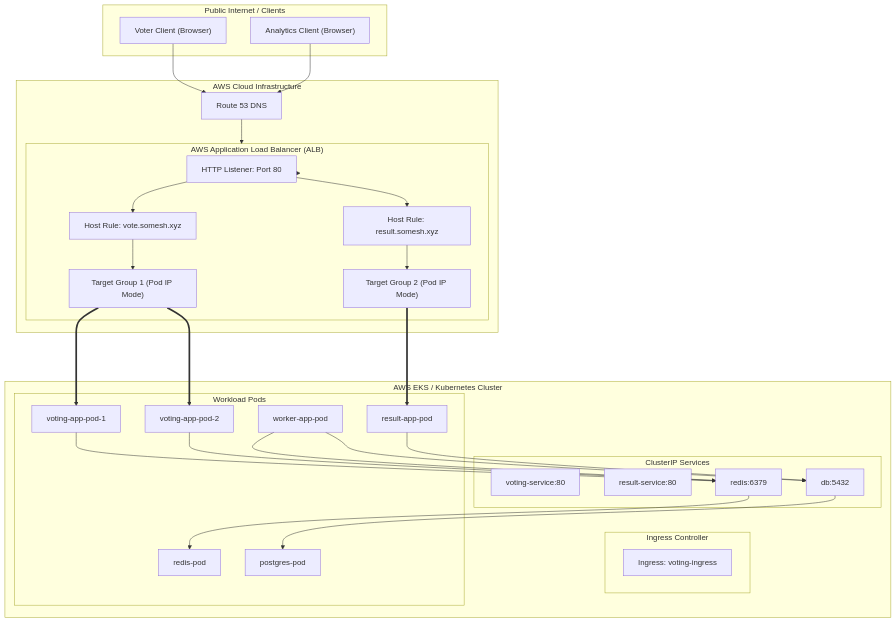
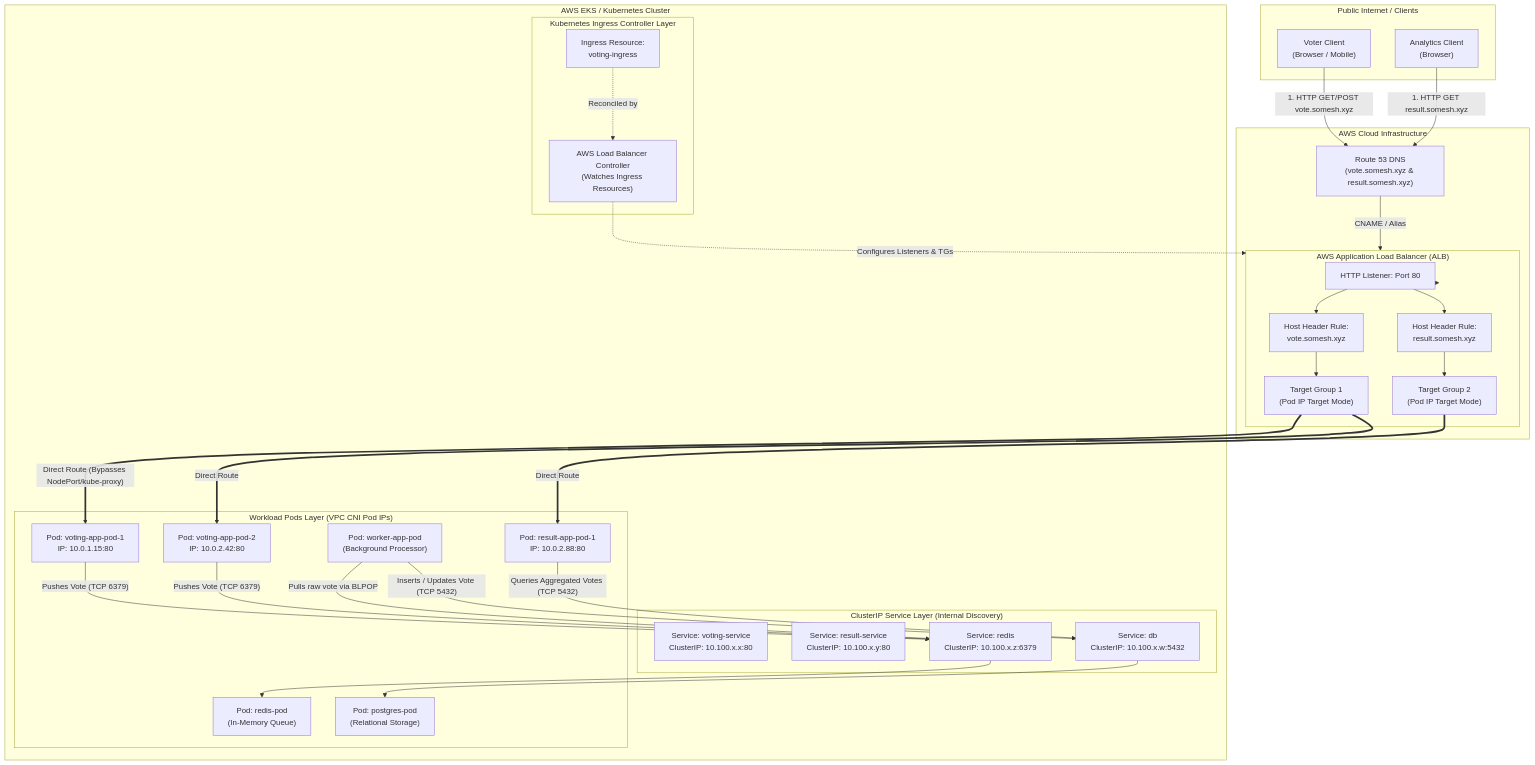
One commit to someshtarra/kubernetes-ingress-voting-app changed the first of 13 diagrams in README.md. Above: the diagram before and after it, drawn with Mermaid. The commit also changed other lines of this file, not shown here.

Commit message:
docs: integrate full Kubernetes Ingress presentation, slide deck, and interview guide into README

````diff
--- a/README.md
+++ b/README.md
@@ -31,58 +35,70 @@
 ```mermaid
 flowchart TD
     subgraph PublicInternet[" Public Internet / Clients "]
-        User1[" Voter Client (Browser) "]
-        User2[" Analytics Client (Browser) "]
+        User1[" Voter Client\n(Browser / Mobile) "]
+        User2[" Analytics Client\n(Browser) "]
     end
 
     subgraph AWSCloud[" AWS Cloud Infrastructure "]
-        Route53[" Route 53 DNS "]
+        Route53[" Route 53 DNS\n(vote.somesh.xyz & result.somesh.xyz) "]
         
         subgraph AWSALB[" AWS Application Load Balancer (ALB) "]
             ALBListener[" HTTP Listener: Port 80 "]
-            ALBRule1[" Host Rule: vote.somesh.xyz "]
-            ALBRule2[" Host Rule: result.somesh.xyz "]
-            TG1[" Target Group 1 (Pod IP Mode) "]
-            TG2[" Target Group 2 (Pod IP Mode) "]
+            ALBRule1[" Host Header Rule:\nvote.somesh.xyz "]
+            ALBRule2[" Host Header Rule:\nresult.somesh.xyz "]
+            TG1[" Target Group 1\n(Pod IP Target Mode) "]
+            TG2[" Target Group 2\n(Pod IP Target Mode) "]
         end
     end
 
     subgraph K8sCluster[" AWS EKS / Kubernetes Cluster "]
-        subgraph IngressCtrl[" Ingress Controller "]
-            K8sIngress[" Ingress: voting-ingress "]
+        subgraph IngressCtrl[" Kubernetes Ingress Controller Layer "]
+            ALBController[" AWS Load Balancer Controller\n(Watches Ingress Resources) "]
+            K8sIngress[" Ingress Resource:\nvoting-ingress "]
         end
 
-        subgraph SvcLayer[" ClusterIP Services "]
-            VoteSvc[" voting-service:80 "]
-            ResultSvc[" result-service:80 "]
-            RedisSvc[" redis:6379 "]
-            DBSvc[" db:5432 "]
+        subgraph SvcLayer[" ClusterIP Service Layer (Internal Discovery) "]
+            VoteSvc[" Service: voting-service\nClusterIP: 10.100.x.x:80 "]
+            ResultSvc[" Service: result-service\nClusterIP: 10.100.x.y:80 "]
+            RedisSvc[" Service: redis\nClusterIP: 10.100.x.z:6379 "]
+            DBSvc[" Service: db\nClusterIP: 10.100.x.w:5432 "]
         end
 
-        subgraph PodLayer[" Workload Pods "]
-            VotePod1[" voting-app-pod-1 "]
-            VotePod2[" voting-app-pod-2 "]
-            ResultPod[" result-app-pod "]
-            WorkerPod[" worker-app-pod "]
-            RedisPod[" redis-pod "]
-            PostgresPod[" postgres-pod "]
+        subgraph PodLayer[" Workload Pods Layer (VPC CNI Pod IPs) "]
+            VotePod1[" Pod: voting-app-pod-1\nIP: 10.0.1.15:80 "]
+            VotePod2[" Pod: voting-app-pod-2\nIP: 10.0.2.42:80 "]
+            ResultPod[" Pod: result-app-pod-1\nIP: 10.0.2.88:80 "]
+            WorkerPod[" Pod: worker-app-pod\n(Background Processor) "]
+            RedisPod[" Pod: redis-pod\n(In-Memory Queue) "]
+            PostgresPod[" Pod: postgres-pod\n(Relational Storage) "]
         end
     end
 
-    User1 --> Route53
-    User2 --> Route53
-    Route53 --> AWSALB
+    %% External Traffic Connections
+    User1 -->|"1. HTTP GET/POST vote.somesh.xyz"| Route53
+    User2 -->|"1. HTTP GET result.somesh.xyz"| Route53
+    Route53 -->|"CNAME / Alias"| AWSALB
     AWSALB --> ALBListener
-    ALBListener --> ALBRule1 --> TG1
-    ALBListener --> ALBRule2 --> TG2
+    ALBListener --> ALBRule1
+    ALBListener --> ALBRule2
+    ALBRule1 --> TG1
+    ALBRule2 --> TG2
 
-    TG1 ===> VotePod1
-    TG1 ===> VotePod2
-    TG2 ===> ResultPod
+    %% Ingress Controller reconciliation
+    K8sIngress -.->|"Reconciled by"| ALBController
+    ALBController -.->|"Configures Listeners & TGs"| AWSALB
 
-    VotePod1 --> RedisSvc --> RedisPod
-    VotePod2 --> RedisSvc
-    WorkerPod --> RedisSvc
-    WorkerPod --> DBSvc --> PostgresPod
-    ResultPod --> DBSvc
+    %% Direct Pod Routing via target-type: ip
+    TG1 ===>|"Direct Route (Bypasses NodePort/kube-proxy)"| VotePod1
+    TG1 ===>|"Direct Route"| VotePod2
+    TG2 ===>|"Direct Route"| ResultPod
+
+    %% Internal Data Pipeline
+    VotePod1 -->|"Pushes Vote (TCP 6379)"| RedisSvc
+    VotePod2 -->|"Pushes Vote (TCP 6379)"| RedisSvc
+    RedisSvc --> RedisPod
+    WorkerPod -->|"Pulls raw vote via BLPOP"| RedisSvc
+    WorkerPod -->|"Inserts / Updates Vote (TCP 5432)"| DBSvc
+    DBSvc --> PostgresPod
+    ResultPod -->|"Queries Aggregated Votes (TCP 5432)"| DBSvc
 ```
````
